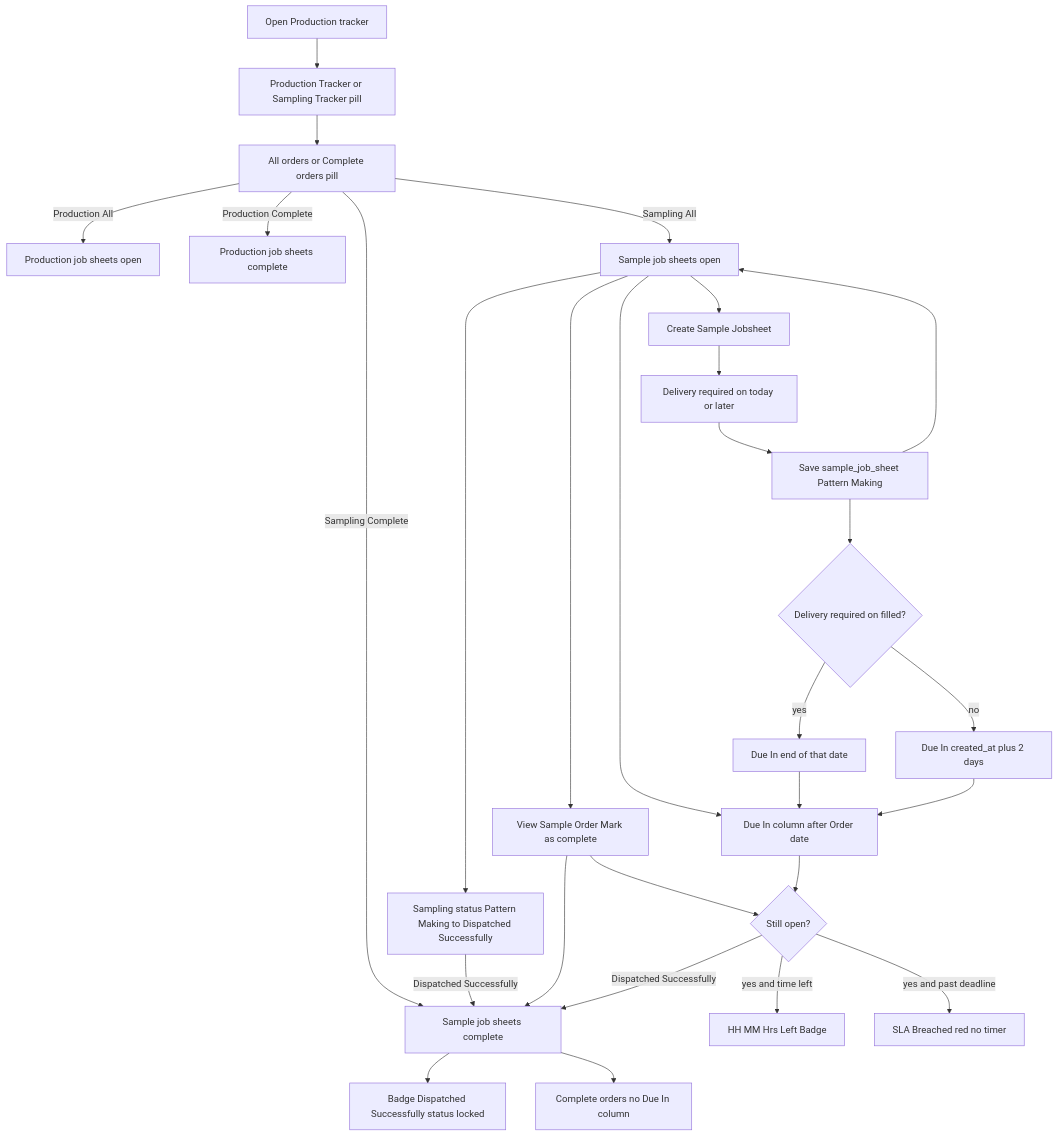
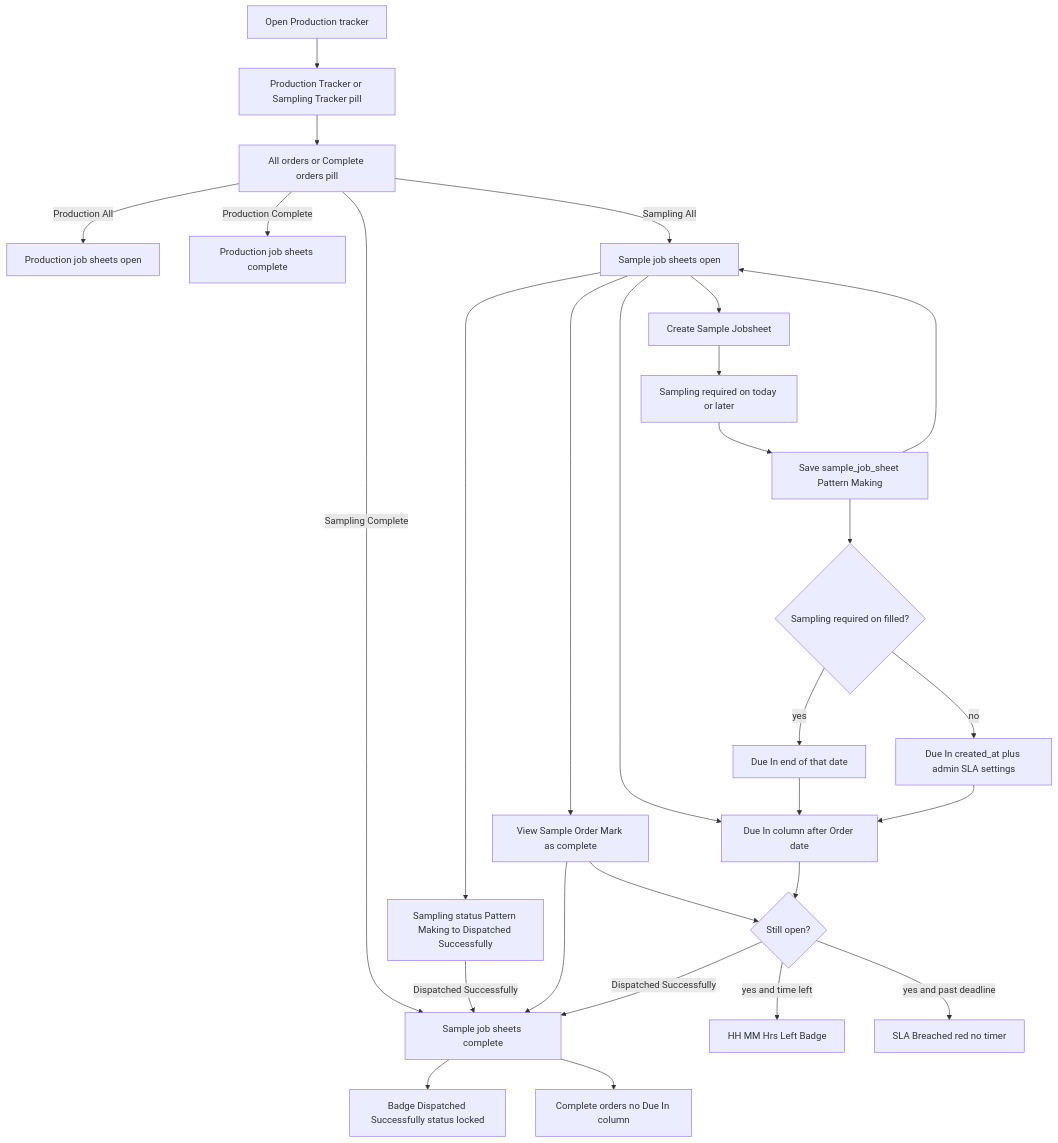
One commit to Mayur8291/Printing-Tracker changed diagram 21 of 31 in docs/FLOWCHARTS.md. Above: the diagram before and after it, drawn with Mermaid. The commit also changed other lines of this file and 50 other files, not shown here.

First line of the commit message:
Add notification filters and land pending sampling SLA plus Uniware DRR work.

````diff
--- a/docs/FLOWCHARTS.md
+++ b/docs/FLOWCHARTS.md
@@ -344,30 +412,30 @@
 ```mermaid
 flowchart TD
   User[Open Production tracker] --> Switch[Production Tracker or Sampling Tracker pill]
   Switch --> ListTabs[All orders or Complete orders pill]
   ListTabs -->|Production All| ProdOpen[Production job sheets open]
   ListTabs -->|Production Complete| ProdDone[Production job sheets complete]
   ListTabs -->|Sampling All| SampleOpen[Sample job sheets open]
   ListTabs -->|Sampling Complete| SampleDone[Sample job sheets complete]
   SampleOpen --> StatusPick[Sampling status Pattern Making to Dispatched Successfully]
   StatusPick -->|Dispatched Successfully| SampleDone
   SampleOpen --> ViewSample[View Sample Order Mark as complete]
   ViewSample --> SampleDone
   SampleDone --> LockedStatus[Badge Dispatched Successfully status locked]
   SampleOpen --> SampleForm[Create Sample Jobsheet]
-  SampleForm --> DeliveryPick[Delivery required on today or later]
+  SampleForm --> DeliveryPick[Sampling required on today or later]
   DeliveryPick --> SampleSave[Save sample_job_sheet Pattern Making]
   SampleSave --> SampleOpen
-  SampleSave --> SlaClock{Delivery required on filled?}
+  SampleSave --> SlaClock{Sampling required on filled?}
   SlaClock -->|yes| DueDateSla[Due In end of that date]
-  SlaClock -->|no| DefaultSla[Due In created_at plus 2 days]
+  SlaClock -->|no| DefaultSla[Due In created_at plus admin SLA settings]
   SampleOpen --> ListDueIn[Due In column after Order date]
   DueDateSla --> ListDueIn
   DefaultSla --> ListDueIn
   SampleDone --> NoListDueIn[Complete orders no Due In column]
   ViewSample --> DueIn{Still open?}
   ListDueIn --> DueIn
   DueIn -->|yes and time left| Countdown[HH MM Hrs Left Badge]
   DueIn -->|yes and past deadline| Breach[SLA Breached red no timer]
   DueIn -->|Dispatched Successfully| SampleDone
 ```
````
